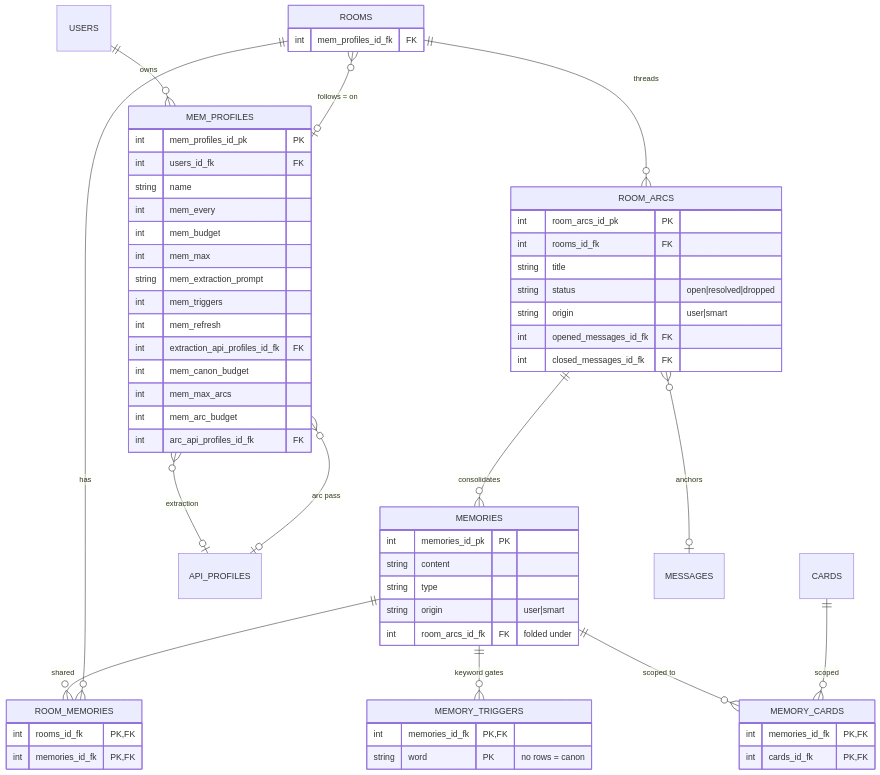
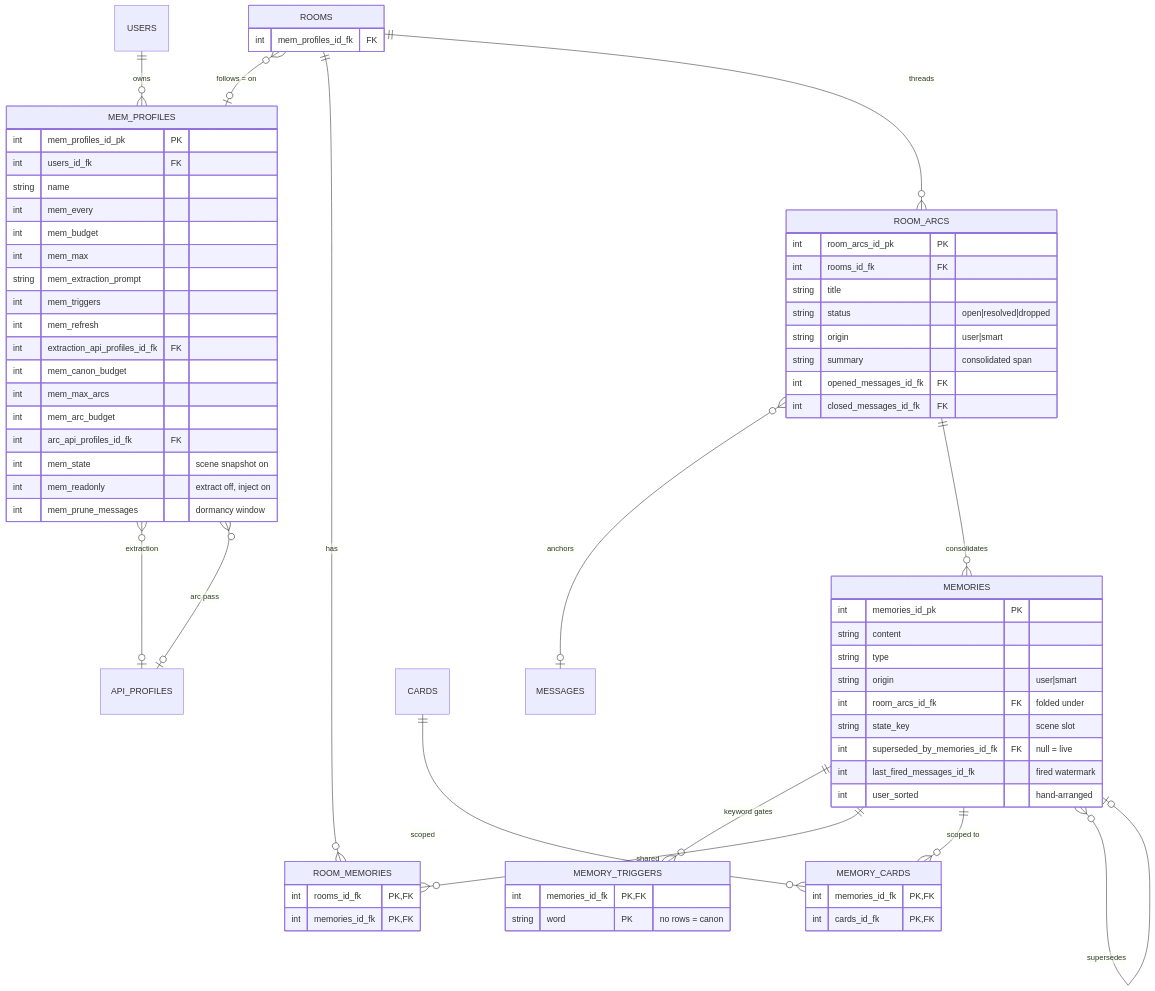
Before and after one commit to XanthiaJo/BOLLOCKS: the second of 4 diagrams in README.md, drawn with Mermaid. The commit also changed other lines of this file, not shown here.

Commit message:
docs(readme): bring ER diagrams + table list up to current schema
Adds the memory-lifecycle columns (state_key, supersede chain, fired
watermarks, user_sorted), mem_profiles' scene/prune/readonly fields,
arc summary, the memories self-supersede relation, and the rooms
cadence counters.

Generated with [Devin](https://devin.ai)

````diff
--- a/README.md
+++ b/README.md
@@ -182,63 +182,72 @@
 ```mermaid
 erDiagram
     MEM_PROFILES {
         int mem_profiles_id_pk PK
         int users_id_fk FK
         string name
         int mem_every
         int mem_budget
         int mem_max
         string mem_extraction_prompt
         int mem_triggers
         int mem_refresh
         int extraction_api_profiles_id_fk FK
         int mem_canon_budget
         int mem_max_arcs
         int mem_arc_budget
         int arc_api_profiles_id_fk FK
+        int mem_state "scene snapshot on"
+        int mem_readonly "extract off, inject on"
+        int mem_prune_messages "dormancy window"
     }
     MEMORIES {
         int memories_id_pk PK
         string content
         string type
         string origin "user|smart"
         int room_arcs_id_fk FK "folded under"
+        string state_key "scene slot"
+        int superseded_by_memories_id_fk FK "null = live"
+        int last_fired_messages_id_fk "fired watermark"
+        int user_sorted "hand-arranged"
     }
     MEMORY_TRIGGERS {
         int memories_id_fk PK,FK
         string word PK "no rows = canon"
     }
     ROOM_MEMORIES {
         int rooms_id_fk PK,FK
         int memories_id_fk PK,FK
     }
     MEMORY_CARDS {
         int memories_id_fk PK,FK
         int cards_id_fk PK,FK
     }
     ROOM_ARCS {
         int room_arcs_id_pk PK
         int rooms_id_fk FK
         string title
         string status "open|resolved|dropped"
         string origin "user|smart"
+        string summary "consolidated span"
         int opened_messages_id_fk FK
         int closed_messages_id_fk FK
     }
     ROOMS {
         int mem_profiles_id_fk FK
     }
 
     USERS ||--o{ MEM_PROFILES : owns
     MEM_PROFILES }o--o| API_PROFILES : extraction
     MEM_PROFILES }o--o| API_PROFILES : "arc pass"
     ROOMS }o--o| MEM_PROFILES : "follows = on"
     MEMORIES ||--o{ MEMORY_TRIGGERS : "keyword gates"
     MEMORIES ||--o{ ROOM_MEMORIES : shared
     MEMORIES ||--o{ MEMORY_CARDS : "scoped to"
     ROOMS ||--o{ ROOM_MEMORIES : has
     ROOMS ||--o{ ROOM_ARCS : threads
     CARDS ||--o{ MEMORY_CARDS : scoped
     ROOM_ARCS }o--o| MESSAGES : anchors
     ROOM_ARCS ||--o{ MEMORIES : "consolidates"
+    MEMORIES }o--o| MEMORIES : supersedes
 ```
````
